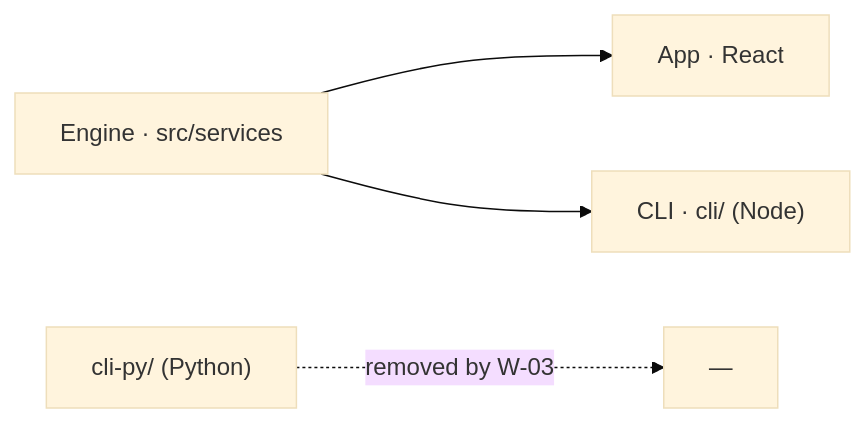
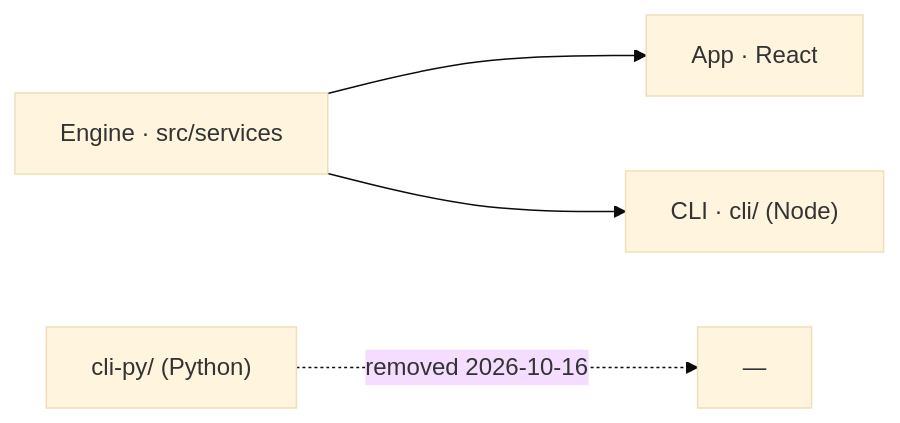
One commit to arpitarya/pdf-testing-suite changed the diagram in records/0104_STACK-typescript.md. Above: the diagram before and after it, drawn with Mermaid (base theme). The commit also changed other lines of this file and 31 other files, not shown here.

First line of the commit message:
W-03: remove the Python CLI (cli-py/)

````diff
--- a/records/0104_STACK-typescript.md
+++ b/records/0104_STACK-typescript.md
@@ -25,6 +25,6 @@
 ```mermaid
 flowchart LR
   E["Engine · src/services"] --> A["App · React"]
   E --> C["CLI · cli/ (Node)"]
-  P["cli-py/ (Python)"] -.->|"removed by W-03"| X["—"]
+  P["cli-py/ (Python)"] -.->|"removed 2026-10-16"| X["—"]
 ```
````
